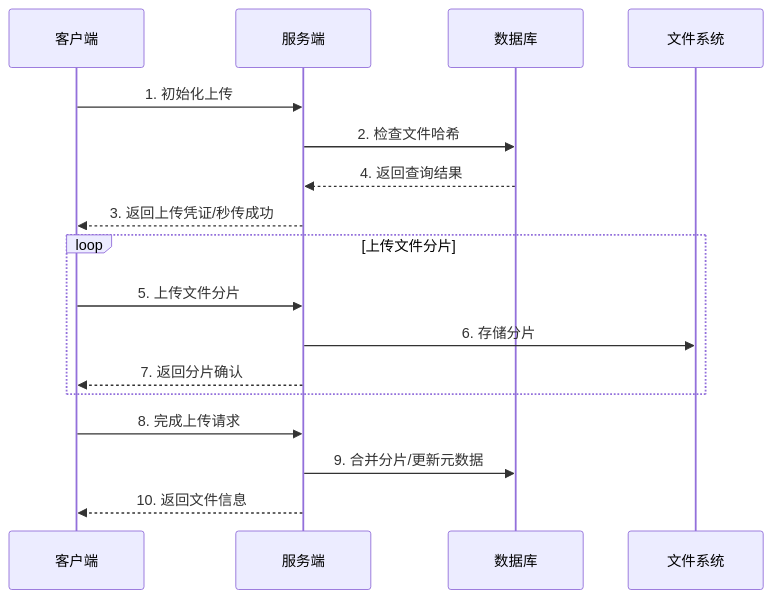
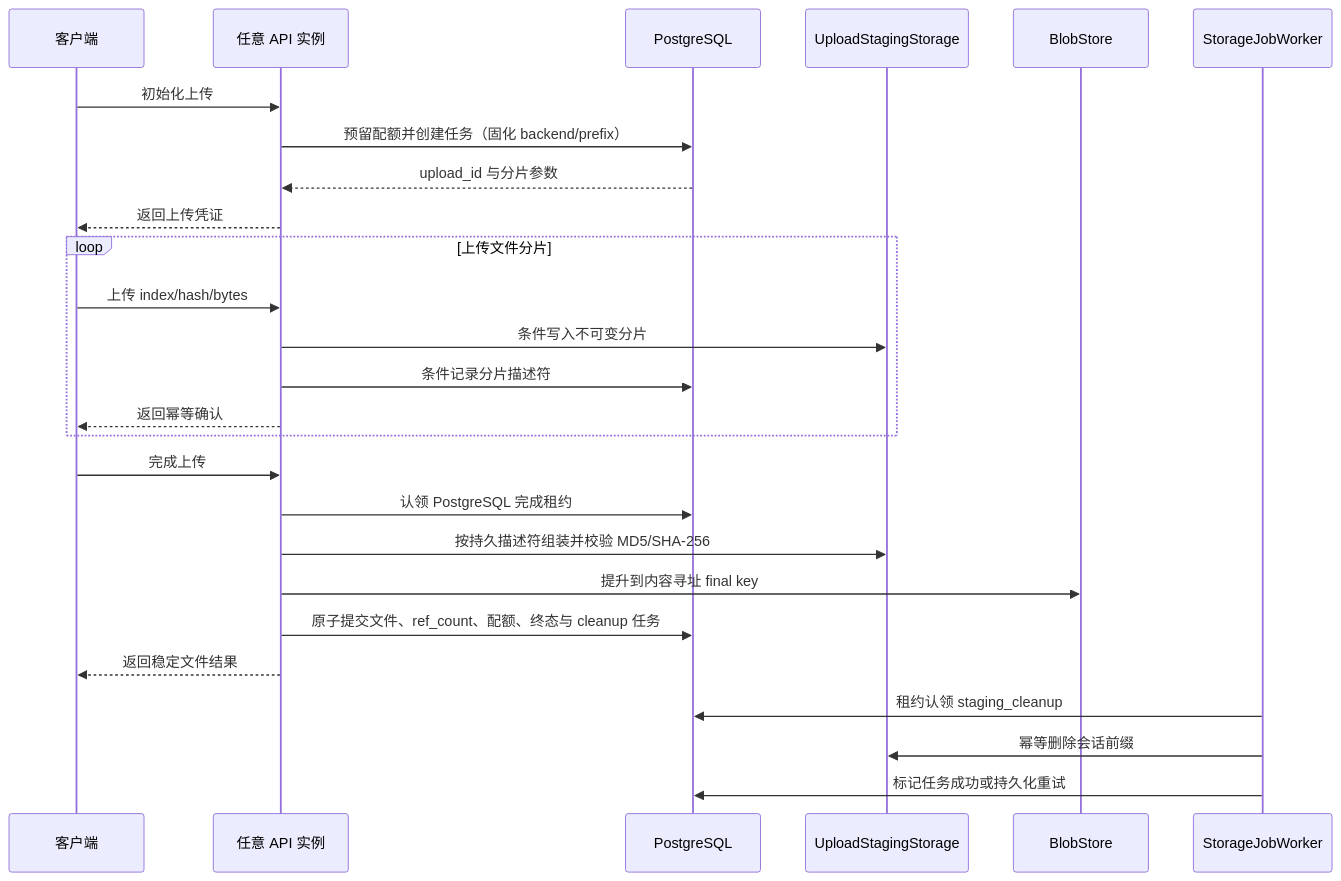
Before and after one commit to yizhinailong/disk: the fourth of 6 diagrams in docs/design/00-系统概述.md, drawn with Mermaid. The commit also changed other lines of this file and 5 other files, not shown here.

First line of the commit message:
docs(architecture): align distributed flows

````diff
--- a/docs/design/00-系统概述.md
+++ b/docs/design/00-系统概述.md
@@ -274,22 +263,31 @@
 ```mermaid
 sequenceDiagram
     participant Client as 客户端
-    participant Server as 服务端
-    participant DB as 数据库
-    participant FS as 文件系统
+    participant API as 任意 API 实例
+    participant DB as PostgreSQL
+    participant Staging as UploadStagingStorage
+    participant Blob as BlobStore
+    participant Worker as StorageJobWorker
 
-    Client->>Server: 1. 初始化上传
-    Server->>DB: 2. 检查文件哈希
-    DB-->>Server: 4. 返回查询结果
-    Server-->>Client: 3. 返回上传凭证/秒传成功
+    Client->>API: 初始化上传
+    API->>DB: 预留配额并创建任务（固化 backend/prefix）
+    DB-->>API: upload_id 与分片参数
+    API-->>Client: 返回上传凭证
 
     loop 上传文件分片
-        Client->>Server: 5. 上传文件分片
-        Server->>FS: 6. 存储分片
-        Server-->>Client: 7. 返回分片确认
+        Client->>API: 上传 index/hash/bytes
+        API->>Staging: 条件写入不可变分片
+        API->>DB: 条件记录分片描述符
+        API-->>Client: 返回幂等确认
     end
 
-    Client->>Server: 8. 完成上传请求
-    Server->>DB: 9. 合并分片/更新元数据
-    Server-->>Client: 10. 返回文件信息
+    Client->>API: 完成上传
+    API->>DB: 认领 PostgreSQL 完成租约
+    API->>Staging: 按持久描述符组装并校验 MD5/SHA-256
+    API->>Blob: 提升到内容寻址 final key
+    API->>DB: 原子提交文件、ref_count、配额、终态与 cleanup 任务
+    API-->>Client: 返回稳定文件结果
+    Worker->>DB: 租约认领 staging_cleanup
+    Worker->>Staging: 幂等删除会话前缀
+    Worker->>DB: 标记任务成功或持久化重试
 ```
````
